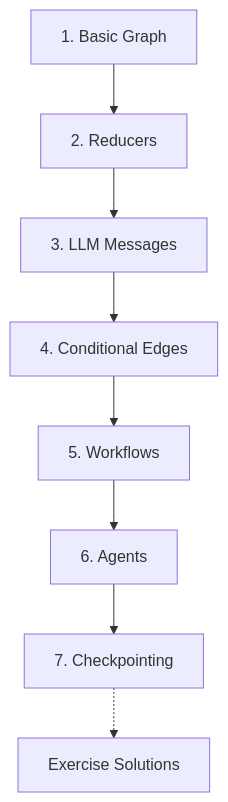
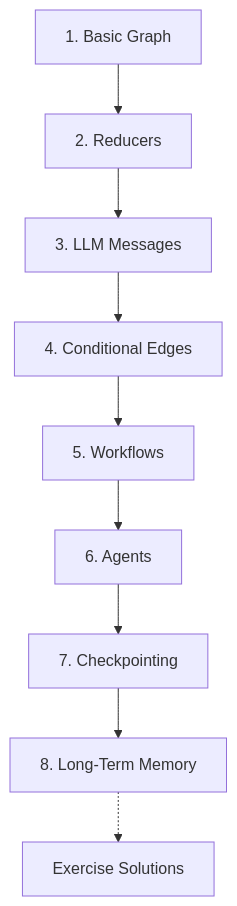
One commit to Walid-Ahmed/langgraph-tutorials changed the second of 3 diagrams in README.md. Above: the diagram before and after it, drawn with Mermaid. The commit also changed other lines of this file and 14 other files, not shown here.

Commit message:
Add long-term memory tutorials

````diff
--- a/README.md
+++ b/README.md
@@ -36,10 +36,11 @@
 ```mermaid
 flowchart TD
     A["1. Basic Graph"] --> B["2. Reducers"]
     B --> C["3. LLM Messages"]
     C --> D["4. Conditional Edges"]
     D --> E["5. Workflows"]
     E --> F["6. Agents"]
     F --> G["7. Checkpointing"]
-    G -.-> H["Exercise Solutions"]
+    G --> H["8. Long-Term Memory"]
+    H -.-> I["Exercise Solutions"]
 ```
````
